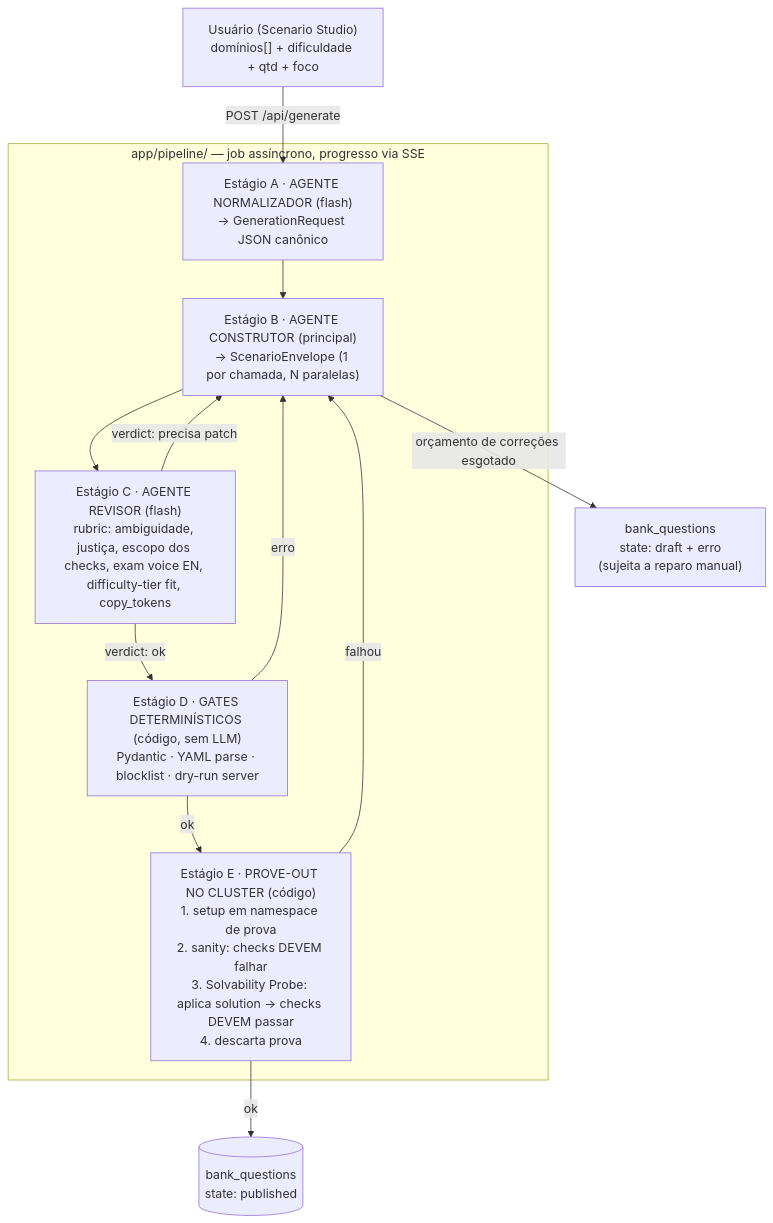
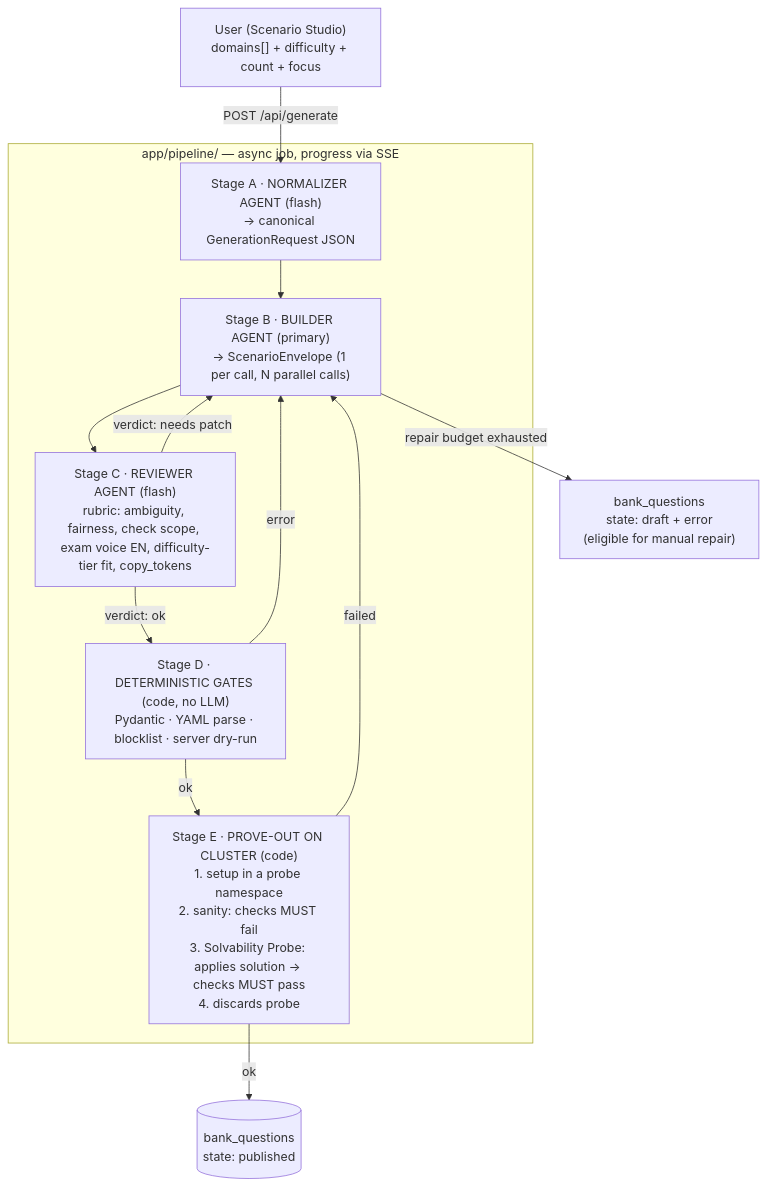
The diagram in LLM_PIPELINE_SPEC.md (Fabi0x01/cka-arena), drawn with Mermaid before and after one commit. The commit also changed other lines of this file and 10 other files, not shown here.

````diff
--- a/LLM_PIPELINE_SPEC.md
+++ b/LLM_PIPELINE_SPEC.md
@@ -40,15 +40,15 @@
 ```mermaid
 flowchart TD
-    U["Usuário (Scenario Studio)\ndomínios[] + dificuldade + qtd + foco"] -->|POST /api/generate| A
-    subgraph PIPE["app/pipeline/ — job assíncrono, progresso via SSE"]
-        A["Estágio A · AGENTE NORMALIZADOR (flash)\n→ GenerationRequest JSON canônico"] --> B["Estágio B · AGENTE CONSTRUTOR (principal)\n→ ScenarioEnvelope (1 por chamada, N paralelas)"]
-        B --> C["Estágio C · AGENTE REVISOR (flash)\nrubric: ambiguidade, justiça, escopo dos checks, exam voice EN, difficulty-tier fit, copy_tokens"]
-        C -->|verdict: precisa patch| B
-        C -->|verdict: ok| D["Estágio D · GATES DETERMINÍSTICOS (código, sem LLM)\nPydantic · YAML parse · blocklist · dry-run server"]
-        D -->|erro| B
-        D -->|ok| E["Estágio E · PROVE-OUT NO CLUSTER (código)\n1. setup em namespace de prova\n2. sanity: checks DEVEM falhar\n3. Solvability Probe: aplica solution → checks DEVEM passar\n4. descarta prova"]
-        E -->|falhou| B
+    U["User (Scenario Studio)\ndomains[] + difficulty + count + focus"] -->|POST /api/generate| A
+    subgraph PIPE["app/pipeline/ — async job, progress via SSE"]
+        A["Stage A · NORMALIZER AGENT (flash)\n→ canonical GenerationRequest JSON"] --> B["Stage B · BUILDER AGENT (primary)\n→ ScenarioEnvelope (1 per call, N parallel calls)"]
+        B --> C["Stage C · REVIEWER AGENT (flash)\nrubric: ambiguity, fairness, check scope, exam voice EN, difficulty-tier fit, copy_tokens"]
+        C -->|verdict: needs patch| B
+        C -->|verdict: ok| D["Stage D · DETERMINISTIC GATES (code, no LLM)\nPydantic · YAML parse · blocklist · server dry-run"]
+        D -->|error| B
+        D -->|ok| E["Stage E · PROVE-OUT ON CLUSTER (code)\n1. setup in a probe namespace\n2. sanity: checks MUST fail\n3. Solvability Probe: applies solution → checks MUST pass\n4. discards probe"]
+        E -->|failed| B
     end
     E -->|ok| BANK[("bank_questions\nstate: published")]
-    B -->|orçamento de correções esgotado| QUAR["bank_questions\nstate: draft + erro\n(sujeita a reparo manual)"]
+    B -->|repair budget exhausted| QUAR["bank_questions\nstate: draft + error\n(eligible for manual repair)"]
 ```
````
